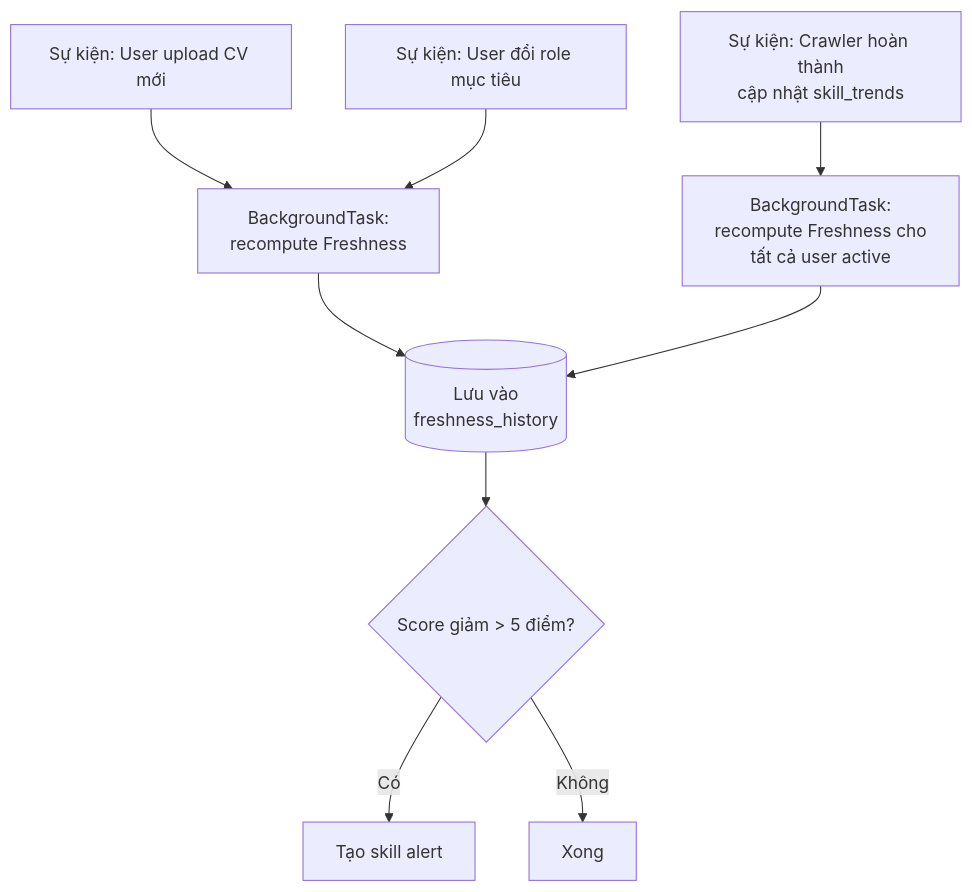
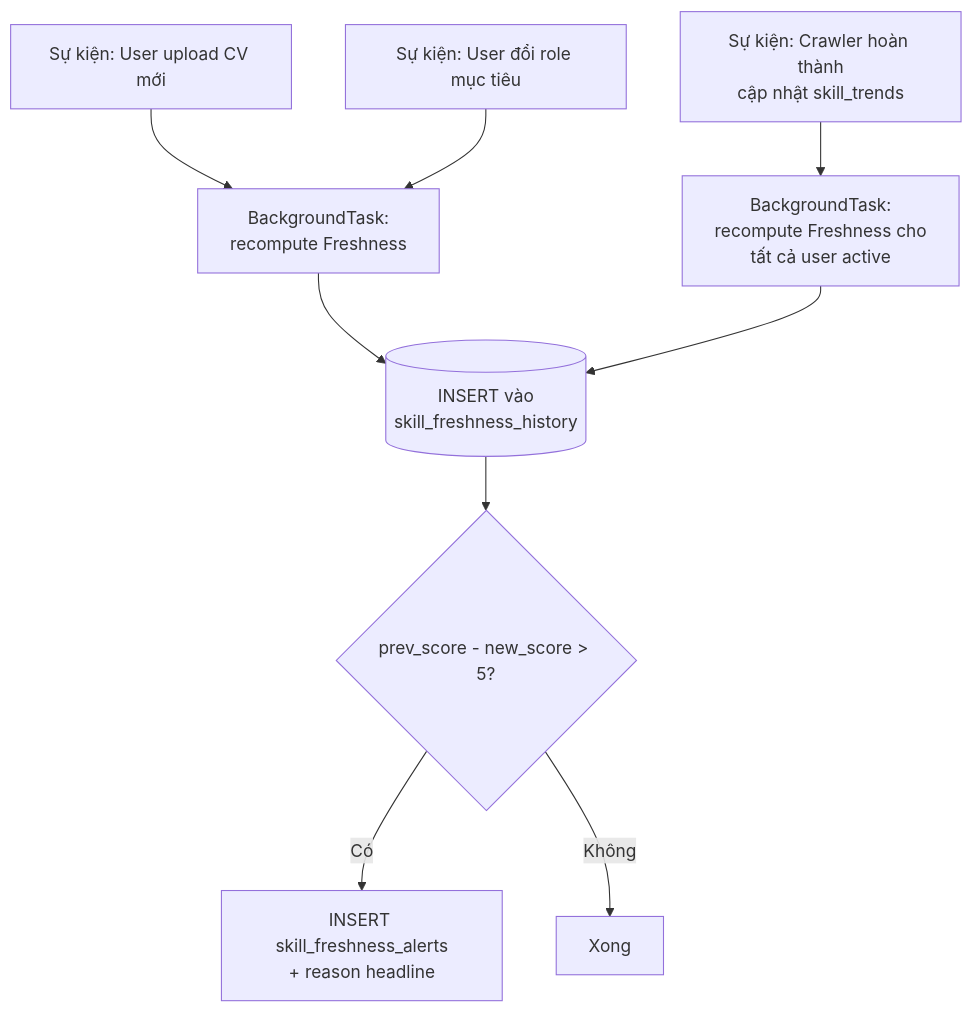
One commit to dungken/cv-assistant changed the second of 2 diagrams in thesis_report/chuong3/3.2_thiet_ke_freshness_score.md. Above: the diagram before and after it, drawn with Mermaid. The commit also changed 19 other files, not shown here.

````diff
--- a/thesis_report/chuong3/3.2_thiet_ke_freshness_score.md
+++ b/thesis_report/chuong3/3.2_thiet_ke_freshness_score.md
@@ -168,11 +168,11 @@
 ```mermaid
 flowchart TB
     E1[Sự kiện: User upload CV mới] --> BG1[BackgroundTask:<br/>recompute Freshness]
     E2[Sự kiện: Crawler hoàn thành<br/>cập nhật skill_trends] --> BG2[BackgroundTask:<br/>recompute Freshness cho<br/>tất cả user active]
     E3[Sự kiện: User đổi role mục tiêu] --> BG1
-    BG1 --> DB[(Lưu vào<br/>freshness_history)]
+    BG1 --> DB[(INSERT vào<br/>skill_freshness_history)]
     BG2 --> DB
-    DB --> N{Score giảm > 5 điểm?}
-    N -- Có --> Alert[Tạo skill alert]
+    DB --> N{prev_score - new_score > 5?}
+    N -- Có --> Alert[INSERT skill_freshness_alerts<br/>+ reason headline]
     N -- Không --> End[Xong]
 ```
````
